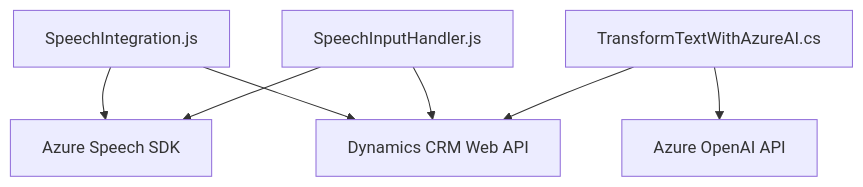
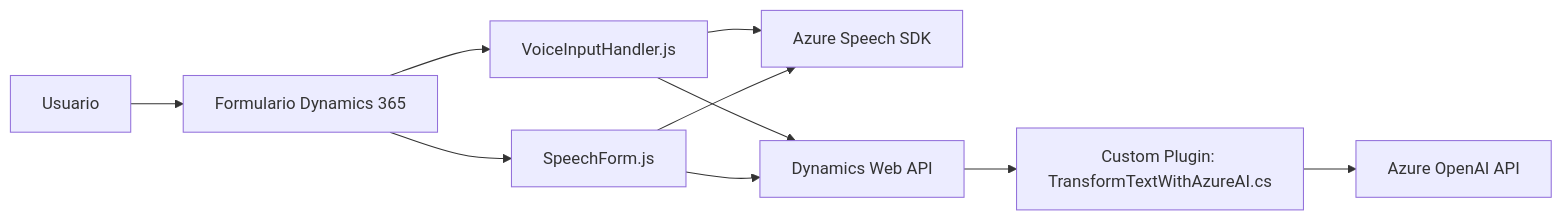
One commit to blopezdm/NETCORE_BILBAO2025 changed the diagram in README.md. Above: the diagram before and after it, drawn with Mermaid. The commit also changed other lines of this file, not shown here.

````diff
--- a/README.md
+++ b/README.md
@@ -44,16 +65,21 @@
 ```mermaid
-graph TD
-    F1["SpeechIntegration.js"]
-    F2["SpeechInputHandler.js"]
-    B["TransformTextWithAzureAI.cs"]
-    SDK1["Azure Speech SDK"]
-    SDK2["Azure OpenAI API"]
-    API1["Dynamics CRM Web API"]
-    
-    F1 --> SDK1
-    F1 --> API1
-    F2 --> SDK1
-    F2 --> API1
-    B --> SDK2
-    B --> API1
+graph LR
+    A["Usuario"]
+    B["Formulario Dynamics 365"]
+    C["VoiceInputHandler.js"]
+    D["Azure Speech SDK"]
+    E["SpeechForm.js"]
+    F["Dynamics Web API"]
+    G["Custom Plugin: TransformTextWithAzureAI.cs"]
+    H["Azure OpenAI API"]
+
+    A --> B
+    B --> C
+    B --> E
+    C --> D
+    E --> D
+    C --> F
+    E --> F
+    F --> G
+    G --> H
 ```
````
